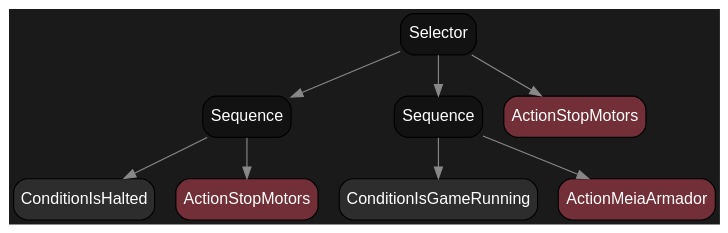
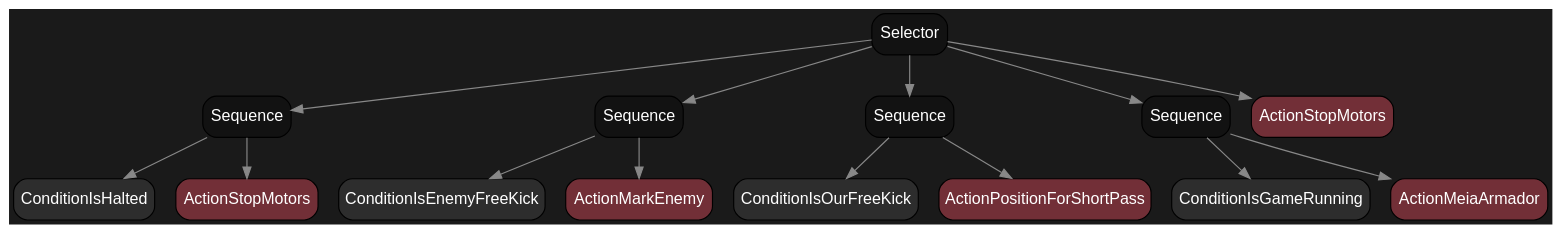
One commit to Danielgmichels/labind-ssl-ai changed the diagram in diagramas/mapa_arvore_meia_armador.dot. Above: the diagram before and after it, drawn with Graphviz. The commit also changed 24 other files, not shown here.

```diff
--- a/diagramas/mapa_arvore_meia_armador.dot
+++ b/diagramas/mapa_arvore_meia_armador.dot
@@ -1,19 +1,31 @@
 digraph BehaviorTree {
     bgcolor="#1a1a1a";
     node [shape=box, style="filled,rounded", fontname="Arial", color="#000000", penwidth=1];
-    "140578072906672" [label="Selector", fillcolor="#121212", fontcolor="white"];
-    "140578072906672" -> "140578072906336" [color="#888888"];
-    "140578072906336" [label="Sequence", fillcolor="#121212", fontcolor="white"];
-    "140578072906336" -> "140578072906240" [color="#888888"];
-    "140578072906240" [label="ConditionIsHalted", fillcolor="#2d2d2d", fontcolor="white"];
-    "140578072906336" -> "140578072906288" [color="#888888"];
-    "140578072906288" [label="ActionStopMotors", fillcolor="#722F37", fontcolor="white"];
-    "140578072906672" -> "140578072906528" [color="#888888"];
-    "140578072906528" [label="Sequence", fillcolor="#121212", fontcolor="white"];
-    "140578072906528" -> "140578072906432" [color="#888888"];
-    "140578072906432" [label="ConditionIsGameRunning", fillcolor="#2d2d2d", fontcolor="white"];
-    "140578072906528" -> "140578072906480" [color="#888888"];
-    "140578072906480" [label="ActionMeiaArmador", fillcolor="#722F37", fontcolor="white"];
-    "140578072906672" -> "140578072906624" [color="#888888"];
-    "140578072906624" [label="ActionStopMotors", fillcolor="#722F37", fontcolor="white"];
+    "140264501900816" [label="Selector", fillcolor="#121212", fontcolor="white"];
+    "140264501900816" -> "140264501899952" [color="#888888"];
+    "140264501899952" [label="Sequence", fillcolor="#121212", fontcolor="white"];
+    "140264501899952" -> "140264501899856" [color="#888888"];
+    "140264501899856" [label="ConditionIsHalted", fillcolor="#2d2d2d", fontcolor="white"];
+    "140264501899952" -> "140264501899904" [color="#888888"];
+    "140264501899904" [label="ActionStopMotors", fillcolor="#722F37", fontcolor="white"];
+    "140264501900816" -> "140264501900192" [color="#888888"];
+    "140264501900192" [label="Sequence", fillcolor="#121212", fontcolor="white"];
+    "140264501900192" -> "140264501900048" [color="#888888"];
+    "140264501900048" [label="ConditionIsEnemyFreeKick", fillcolor="#2d2d2d", fontcolor="white"];
+    "140264501900192" -> "140264501900096" [color="#888888"];
+    "140264501900096" [label="ActionMarkEnemy", fillcolor="#722F37", fontcolor="white"];
+    "140264501900816" -> "140264501900432" [color="#888888"];
+    "140264501900432" [label="Sequence", fillcolor="#121212", fontcolor="white"];
+    "140264501900432" -> "140264501900288" [color="#888888"];
+    "140264501900288" [label="ConditionIsOurFreeKick", fillcolor="#2d2d2d", fontcolor="white"];
+    "140264501900432" -> "140264501900336" [color="#888888"];
+    "140264501900336" [label="ActionPositionForShortPass", fillcolor="#722F37", fontcolor="white"];
+    "140264501900816" -> "140264501900624" [color="#888888"];
+    "140264501900624" [label="Sequence", fillcolor="#121212", fontcolor="white"];
+    "140264501900624" -> "140264501900528" [color="#888888"];
+    "140264501900528" [label="ConditionIsGameRunning", fillcolor="#2d2d2d", fontcolor="white"];
+    "140264501900624" -> "140264501900576" [color="#888888"];
+    "140264501900576" [label="ActionMeiaArmador", fillcolor="#722F37", fontcolor="white"];
+    "140264501900816" -> "140264501900720" [color="#888888"];
+    "140264501900720" [label="ActionStopMotors", fillcolor="#722F37", fontcolor="white"];
 }
```
